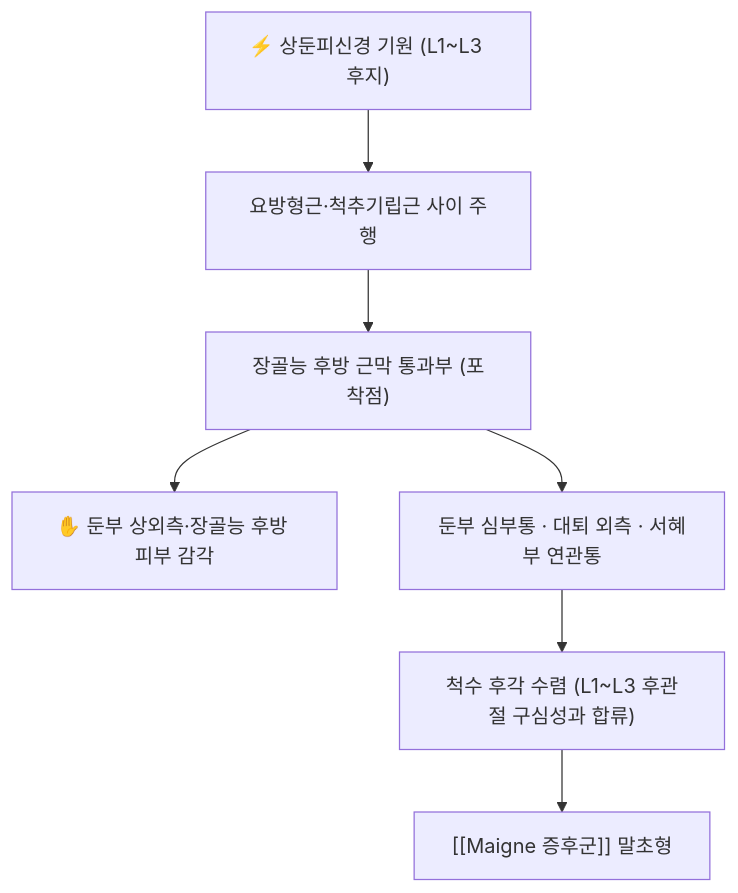
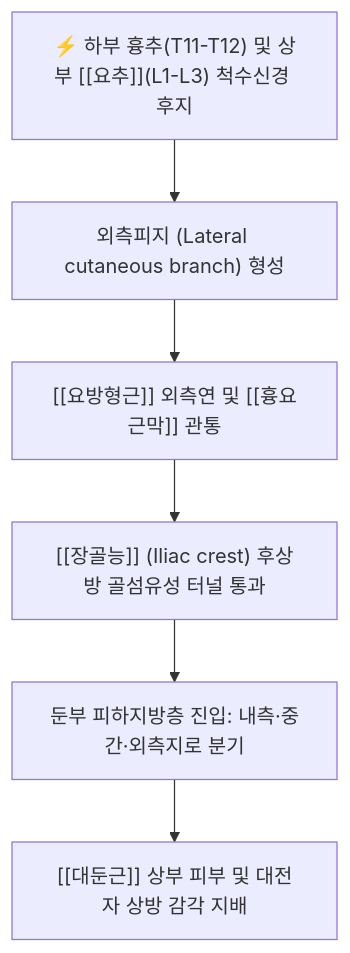
One commit to simbio11/simbio-digital-garden2 changed the diagram in content/1. 근골격계 공부/신경/06_천골신경총_하지후방/상둔피신경.md. Above: the diagram before and after it, drawn with Mermaid. The commit also changed other lines of this file and 142 other files, not shown here.

````diff
--- a/content/1. 근골격계 공부/신경/06_천골신경총_하지후방/상둔피신경.md
+++ b/content/1. 근골격계 공부/신경/06_천골신경총_하지후방/상둔피신경.md
@@ -61,9 +28,8 @@
 ```mermaid
 graph TD
-    Root["⚡ 상둔피신경 기원 (L1~L3 후지)"] --> Course["요방형근·척추기립근 사이 주행"]
-    Course --> Tunnel["장골능 후방 근막 통과부 (포착점)"]
-    Tunnel --> Sensory["✋ 둔부 상외측·장골능 후방 피부 감각"]
-    Tunnel --> Refer["둔부 심부통 · 대퇴 외측 · 서혜부 연관통"]
-    Refer --> Converge["척수 후각 수렴 (L1~L3 후관절 구심성과 합류)"]
-    Converge --> Clin["[[Maigne 증후군]] 말초형"]
+    DorsalRami["⚡ 하부 흉추(T11-T12) 및 상부 [[요추]](L1-L3) 척수신경 후지"] --> LatCut["외측피지 (Lateral cutaneous branch) 형성"]
+    LatCut --> Penetrate["[[요방형근]] 외측연 및 [[흉요근막]] 관통"]
+    Penetrate --> IliacCrest["[[장골능]] (Iliac crest) 후상방 골섬유성 터널 통과"]
+    IliacCrest --> GlutealCut["둔부 피하지방층 진입: 내측·중간·외측지로 분기"]
+    GlutealCut --> Innervation["[[대둔근]] 상부 피부 및 대전자 상방 감각 지배"]
 ```
````
